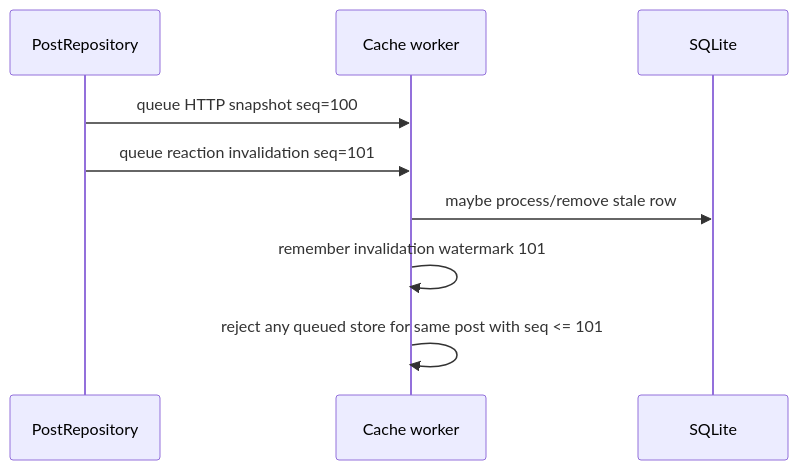
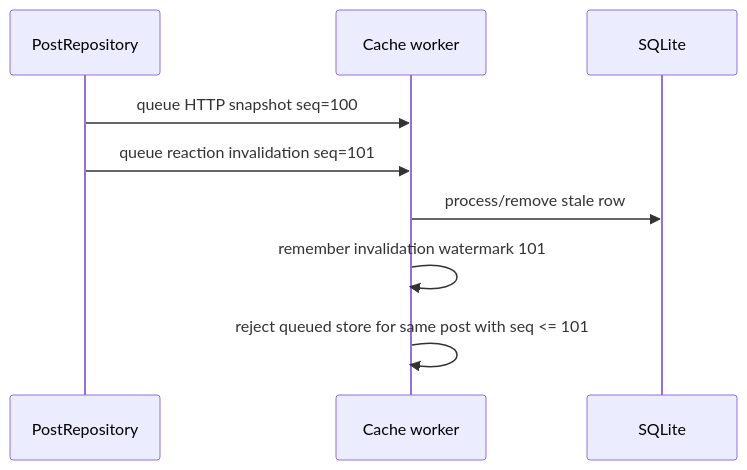
Before and after one commit to Ri0n/mattermost-qt: the third of 5 diagrams in docs/post-cache-runtime.md, drawn with Mermaid. The commit also changed other lines of this file and 16 other files, not shown here.

First line of the commit message:
Make live threads and timeline paging demand-aware (#46)

````diff
--- a/docs/post-cache-runtime.md
+++ b/docs/post-cache-runtime.md
@@ -175,12 +160,12 @@
 ```mermaid
 sequenceDiagram
     participant PR as PostRepository
     participant W as Cache worker
     participant DB as SQLite
 
     PR->>W: queue HTTP snapshot seq=100
     PR->>W: queue reaction invalidation seq=101
-    W->>DB: maybe process/remove stale row
+    W->>DB: process/remove stale row
     W->>W: remember invalidation watermark 101
-    W->>W: reject any queued store for same post with seq <= 101
+    W->>W: reject queued store for same post with seq <= 101
 ```
````
